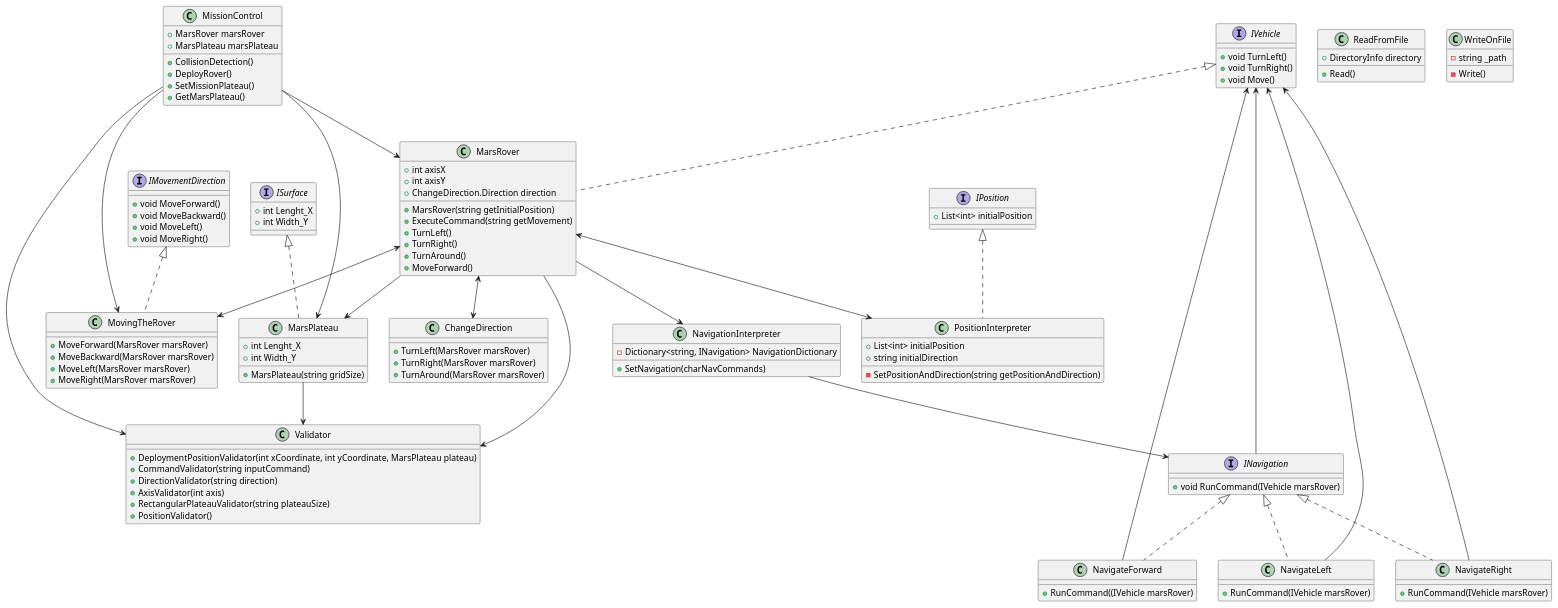
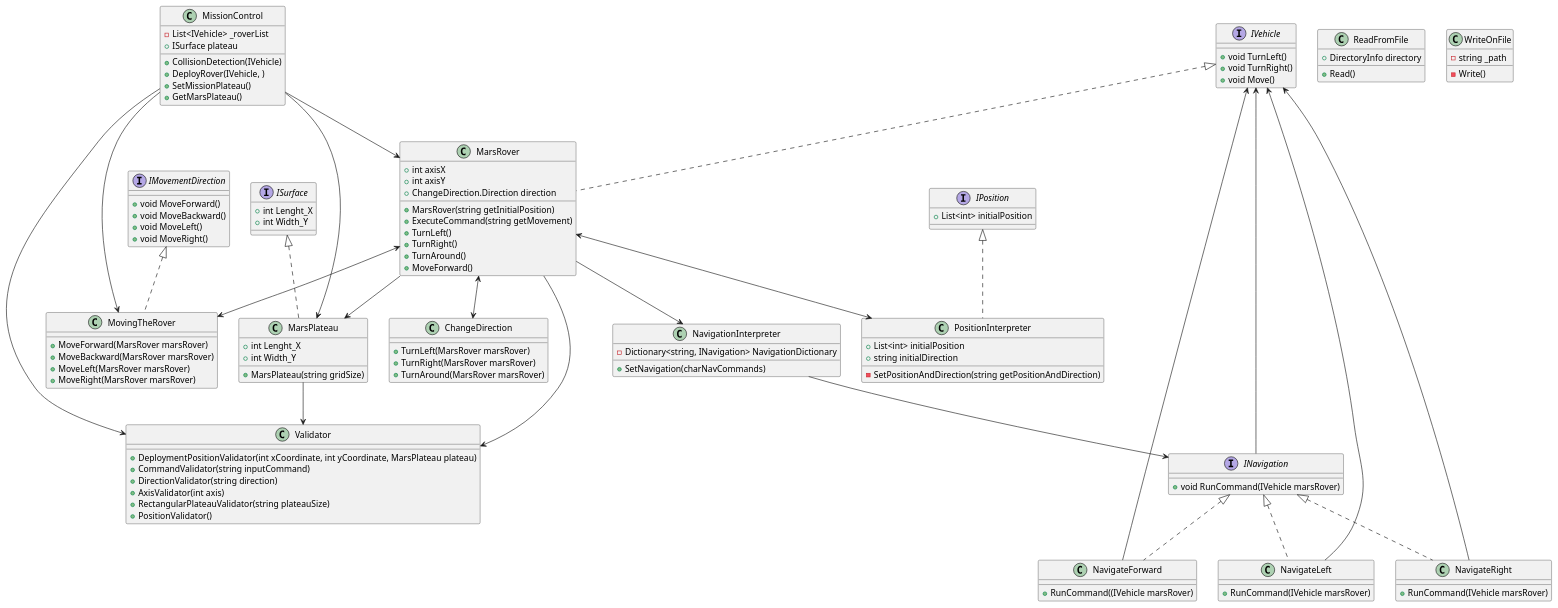
The diagram in Mars-Rover-Project/UML-Diagram/MarsRover.puml (vahidkianfar/Mars-Rover-Project), drawn with PlantUML before and after one commit. The commit also changed 4 other files, not shown here.

```diff
--- a/Mars-Rover-Project/UML-Diagram/MarsRover.puml
+++ b/Mars-Rover-Project/UML-Diagram/MarsRover.puml
@@ -1,145 +1,145 @@
 @startuml "MarsRover-Kata-UML.png"
 
 interface IVehicle
 {
 + void TurnLeft()
 + void TurnRight()
 + void Move()
 }
 
 interface ISurface
 {
 + int Lenght_X
 + int Width_Y
 }
 
 interface IPosition
 {
 + List<int> initialPosition
 }
 
 interface INavigation
 {
 + void RunCommand(IVehicle marsRover)
 }
 
 interface IMovementDirection
 {
 + void MoveForward()
 + void MoveBackward()
 + void MoveLeft()
 + void MoveRight()
 }
 
 class MarsRover implements IVehicle
 {
 + int axisX
 + int axisY
 + ChangeDirection.Direction direction
 
 + MarsRover(string getInitialPosition)
 + ExecuteCommand(string getMovement)
 + TurnLeft()
 + TurnRight()
 + TurnAround()
 + MoveForward()
 }
 class MissionControl
 {
-+ MarsRover marsRover
-+ MarsPlateau marsPlateau
+- List<IVehicle> _roverList
++ ISurface plateau
 
-+ CollisionDetection()
-+ DeployRover()
++ CollisionDetection(IVehicle)
++ DeployRover(IVehicle, )
 + SetMissionPlateau()
 + GetMarsPlateau()
 
 }
 class MarsPlateau implements ISurface
 {
 + int Lenght_X
 + int Width_Y
 + MarsPlateau(string gridSize)
 }
 class NavigateLeft implements INavigation
 {
 + RunCommand(IVehicle marsRover)
 }
 
 class NavigateRight implements INavigation
 {
 + RunCommand(IVehicle marsRover)
 }
 class PositionInterpreter implements IPosition
 {
 + List<int> initialPosition
 + string initialDirection
 - SetPositionAndDirection(string getPositionAndDirection)
 }
 class NavigateForward implements INavigation
 {
 + RunCommand((IVehicle marsRover)
 }
 class NavigationInterpreter
 {
 - Dictionary<string, INavigation> NavigationDictionary
 + SetNavigation(charNavCommands)
 }
 class ChangeDirection
 {
 + TurnLeft(MarsRover marsRover)
 + TurnRight(MarsRover marsRover)
 + TurnAround(MarsRover marsRover)
 }
 
 class MovingTheRover implements IMovementDirection
 {
 + MoveForward(MarsRover marsRover)
 + MoveBackward(MarsRover marsRover)
 + MoveLeft(MarsRover marsRover)
 + MoveRight(MarsRover marsRover)
 }
 class Validator
 {
 + DeploymentPositionValidator(int xCoordinate, int yCoordinate, MarsPlateau plateau)
 + CommandValidator(string inputCommand)
 + DirectionValidator(string direction)
 + AxisValidator(int axis)
 + RectangularPlateauValidator(string plateauSize)
 + PositionValidator()
 }
 
 class ReadFromFile
 {
 + DirectoryInfo directory
 + Read()
 }
 class WriteOnFile
 {
 - string _path
 - Write()
 }
 INavigation --> IVehicle
 MarsRover <--> ChangeDirection
 MarsRover <--> MovingTheRover
 MarsRover <--> PositionInterpreter
 MarsRover --> MarsPlateau
 MarsRover --> NavigationInterpreter
 MarsRover --> Validator
 
 
 NavigateLeft --> IVehicle
 NavigateRight --> IVehicle
 NavigateForward --> IVehicle
 
 NavigationInterpreter --> INavigation
 
 MarsPlateau --> Validator
 
 MissionControl --> MarsRover
 MissionControl --> MarsPlateau
 MissionControl --> Validator
 MissionControl --> MovingTheRover
 
 
 @enduml
```
